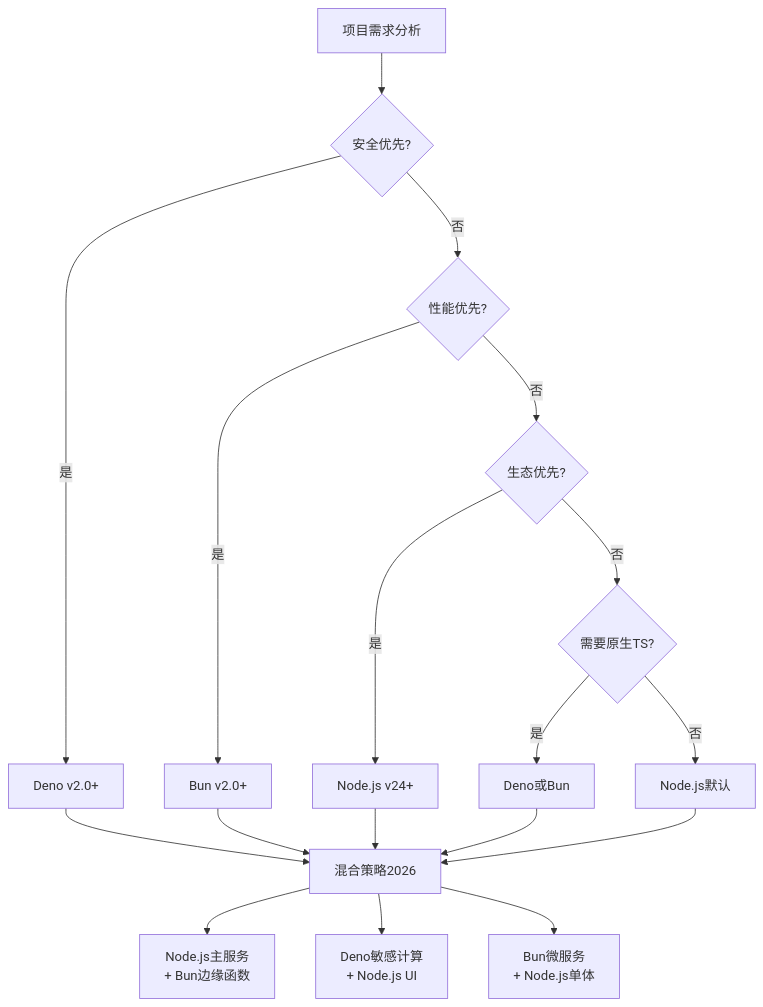
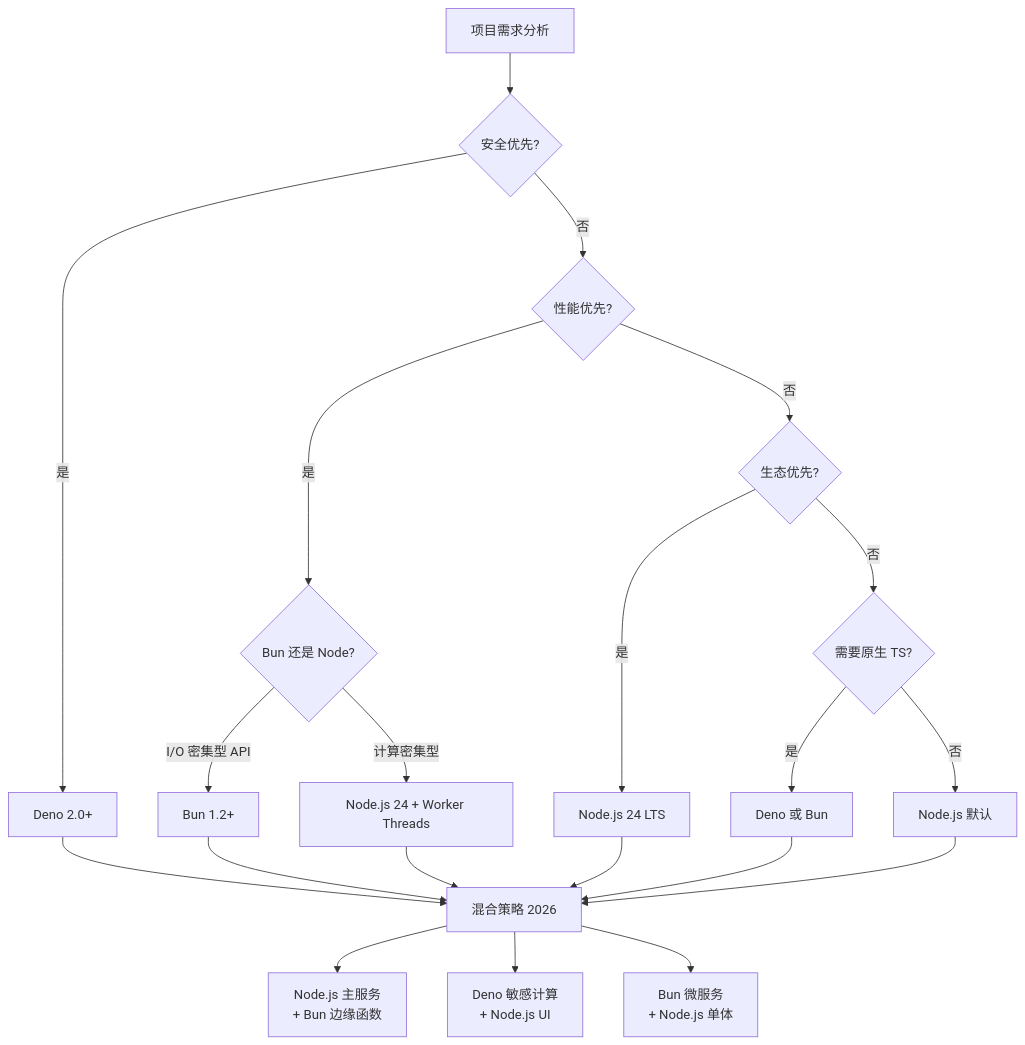
One commit to AdaMartin18010/JavaScriptTypeScript changed the diagram in 30-knowledge-base/30.4-decision-trees/runtime-selection.md. Above: the diagram before and after it, drawn with Mermaid. The commit also changed other lines of this file and 20 other files, not shown here.

````diff
--- a/30-knowledge-base/30.4-decision-trees/runtime-selection.md
+++ b/30-knowledge-base/30.4-decision-trees/runtime-selection.md
@@ -10,22 +35,25 @@
 ```mermaid
 graph TD
     A[项目需求分析] --> B{安全优先?}
-    B -->|是| C[Deno v2.0+]
+    B -->|是| C[Deno 2.0+]
     B -->|否| D{性能优先?}
-    D -->|是| E[Bun v2.0+]
-    D -->|否| F{生态优先?}
-    F -->|是| G[Node.js v24+]
-    F -->|否| H{需要原生TS?}
-    H -->|是| I[Deno或Bun]
-    H -->|否| J[Node.js默认]
-    
-    C --> K[混合策略2026]
-    E --> K
-    G --> K
-    I --> K
-    J --> K
-    
-    K --> L[Node.js主服务<br/>+ Bun边缘函数]
-    K --> M[Deno敏感计算<br/>+ Node.js UI]
-    K --> N[Bun微服务<br/>+ Node.js单体]
+    D -->|是| E{Bun 还是 Node?}
+    E -->|I/O 密集型 API| F[Bun 1.2+]
+    E -->|计算密集型| G[Node.js 24 + Worker Threads]
+    D -->|否| H{生态优先?}
+    H -->|是| I[Node.js 24 LTS]
+    H -->|否| J{需要原生 TS?}
+    J -->|是| K[Deno 或 Bun]
+    J -->|否| L[Node.js 默认]
+
+    C --> M[混合策略 2026]
+    F --> M
+    G --> M
+    I --> M
+    K --> M
+    L --> M
+
+    M --> N[Node.js 主服务<br/>+ Bun 边缘函数]
+    M --> O[Deno 敏感计算<br/>+ Node.js UI]
+    M --> P[Bun 微服务<br/>+ Node.js 单体]
 ```
````
